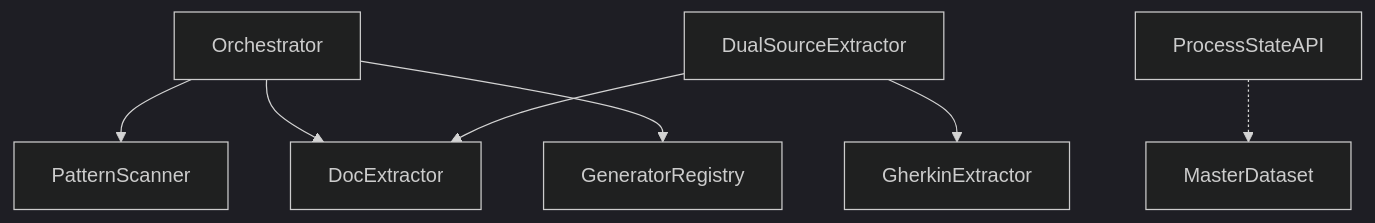
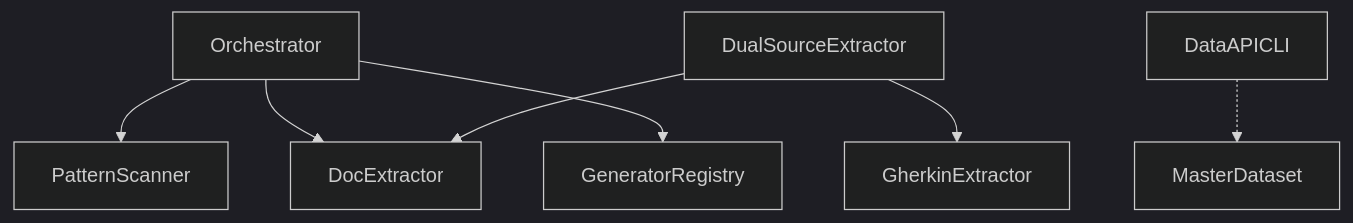
One commit to libar-dev/architect changed the diagram in README.md. Above: the diagram before and after it, drawn with Mermaid (dark theme). The commit also changed other lines of this file and 20 other files, not shown here.

First line of the commit message:
Rename ProcessStateAPI to Data API CLI and remove public API export

````diff
--- a/README.md
+++ b/README.md
@@ -465,9 +440,9 @@
 ```mermaid
 graph TD
     Orchestrator --> PatternScanner
     Orchestrator --> DocExtractor
     Orchestrator --> GeneratorRegistry
     DualSourceExtractor --> DocExtractor
     DualSourceExtractor --> GherkinExtractor
-    ProcessStateAPI -.-> MasterDataset
+    DataAPICLI -.-> MasterDataset
 ```
````
